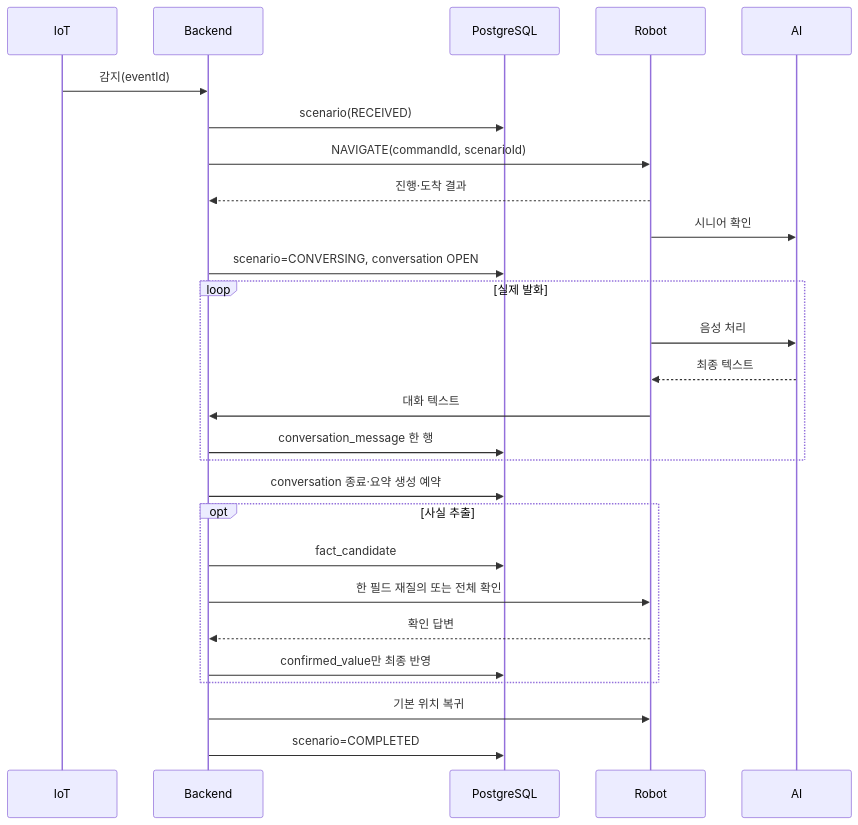
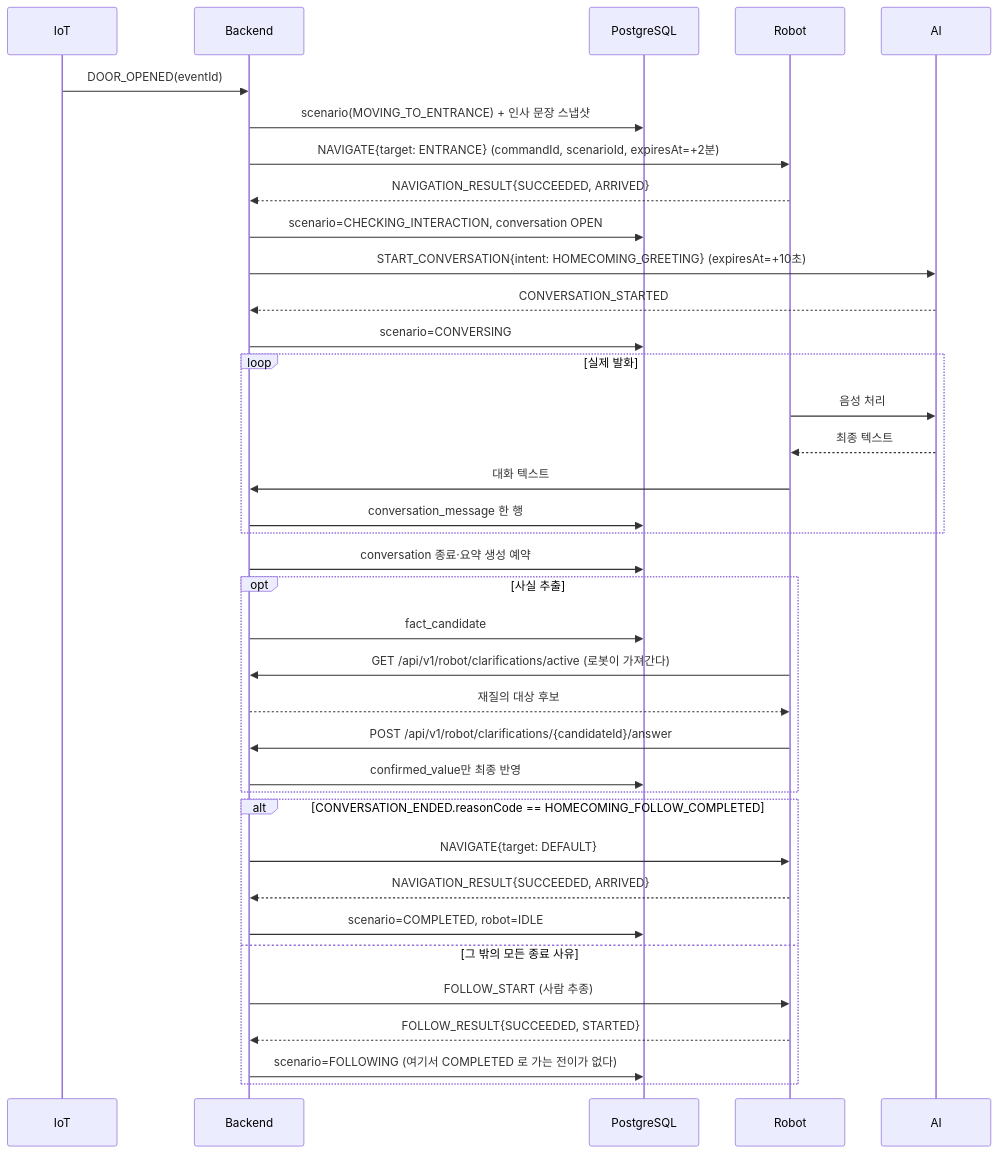
The first of 2 diagrams in docs/scenario/homecoming-welcome.md (bomi-aiot/BOMI), drawn with Mermaid before and after one commit. The commit also changed other lines of this file and 66 other files, not shown here.

````diff
--- a/docs/scenario/homecoming-welcome.md
+++ b/docs/scenario/homecoming-welcome.md
@@ -14,29 +63,39 @@
 ```mermaid
 sequenceDiagram
     participant IoT
     participant BE as Backend
     participant DB as PostgreSQL
     participant R as Robot
     participant AI
-    IoT->>BE: 감지(eventId)
-    BE->>DB: scenario(RECEIVED)
-    BE->>R: NAVIGATE(commandId, scenarioId)
-    R-->>BE: 진행·도착 결과
-    R->>AI: 시니어 확인
-    BE->>DB: scenario=CONVERSING, conversation OPEN
+    IoT->>BE: DOOR_OPENED(eventId)
+    BE->>DB: scenario(MOVING_TO_ENTRANCE) + 인사 문장 스냅샷
+    BE->>R: NAVIGATE{target: ENTRANCE} (commandId, scenarioId, expiresAt=+2분)
+    R-->>BE: NAVIGATION_RESULT{SUCCEEDED, ARRIVED}
+    BE->>DB: scenario=CHECKING_INTERACTION, conversation OPEN
+    BE->>AI: START_CONVERSATION{intent: HOMECOMING_GREETING} (expiresAt=+10초)
+    AI-->>BE: CONVERSATION_STARTED
+    BE->>DB: scenario=CONVERSING
     loop 실제 발화
         R->>AI: 음성 처리
         AI-->>R: 최종 텍스트
         R->>BE: 대화 텍스트
         BE->>DB: conversation_message 한 행
     end
     BE->>DB: conversation 종료·요약 생성 예약
     opt 사실 추출
         BE->>DB: fact_candidate
-        BE->>R: 한 필드 재질의 또는 전체 확인
-        R-->>BE: 확인 답변
+        R->>BE: GET /api/v1/robot/clarifications/active (로봇이 가져간다)
+        BE-->>R: 재질의 대상 후보
+        R->>BE: POST /api/v1/robot/clarifications/{candidateId}/answer
         BE->>DB: confirmed_value만 최종 반영
     end
-    BE->>R: 기본 위치 복귀
-    BE->>DB: scenario=COMPLETED
+    alt CONVERSATION_ENDED.reasonCode == HOMECOMING_FOLLOW_COMPLETED
+        BE->>R: NAVIGATE{target: DEFAULT}
+        R-->>BE: NAVIGATION_RESULT{SUCCEEDED, ARRIVED}
+        BE->>DB: scenario=COMPLETED, robot=IDLE
+    else 그 밖의 모든 종료 사유
+        BE->>R: FOLLOW_START (사람 추종)
+        R-->>BE: FOLLOW_RESULT{SUCCEEDED, STARTED}
+        BE->>DB: scenario=FOLLOWING (여기서 COMPLETED 로 가는 전이가 없다)
+    end
 ```
````
